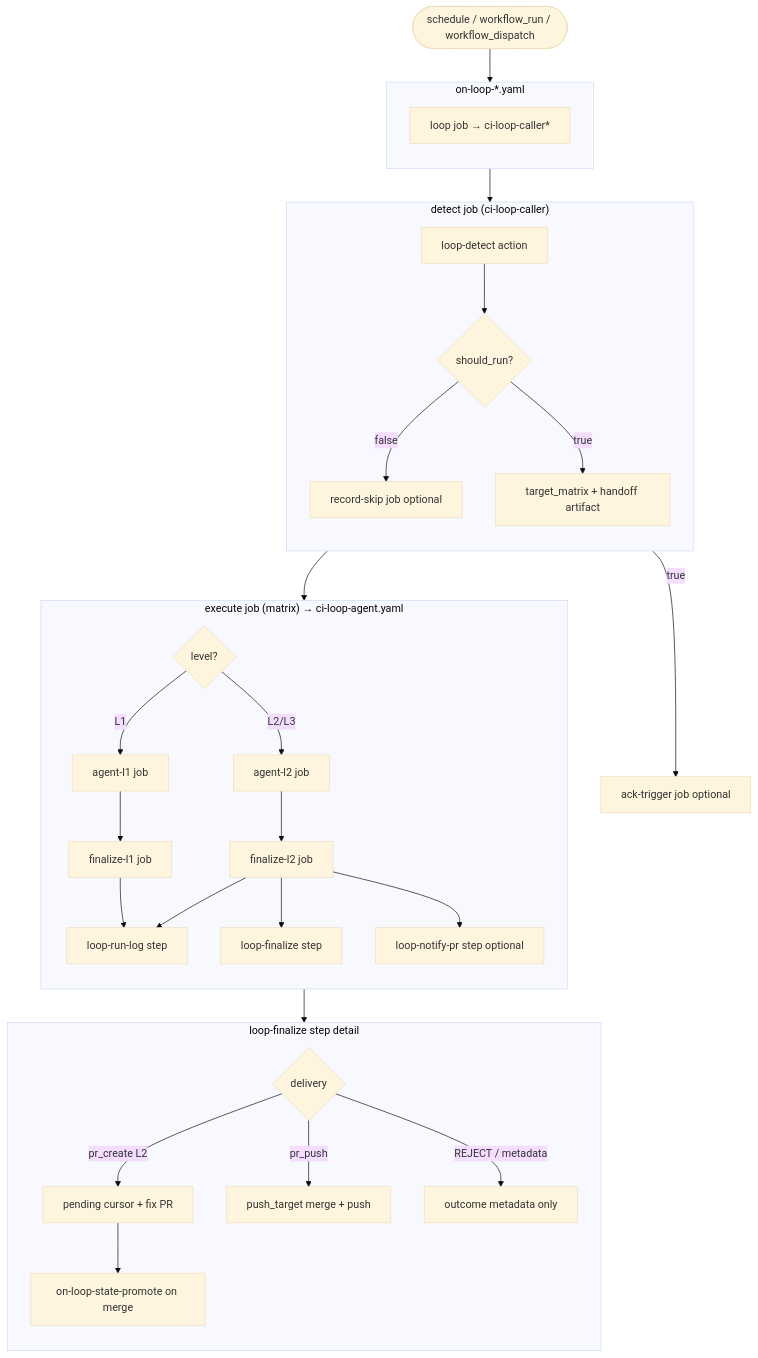
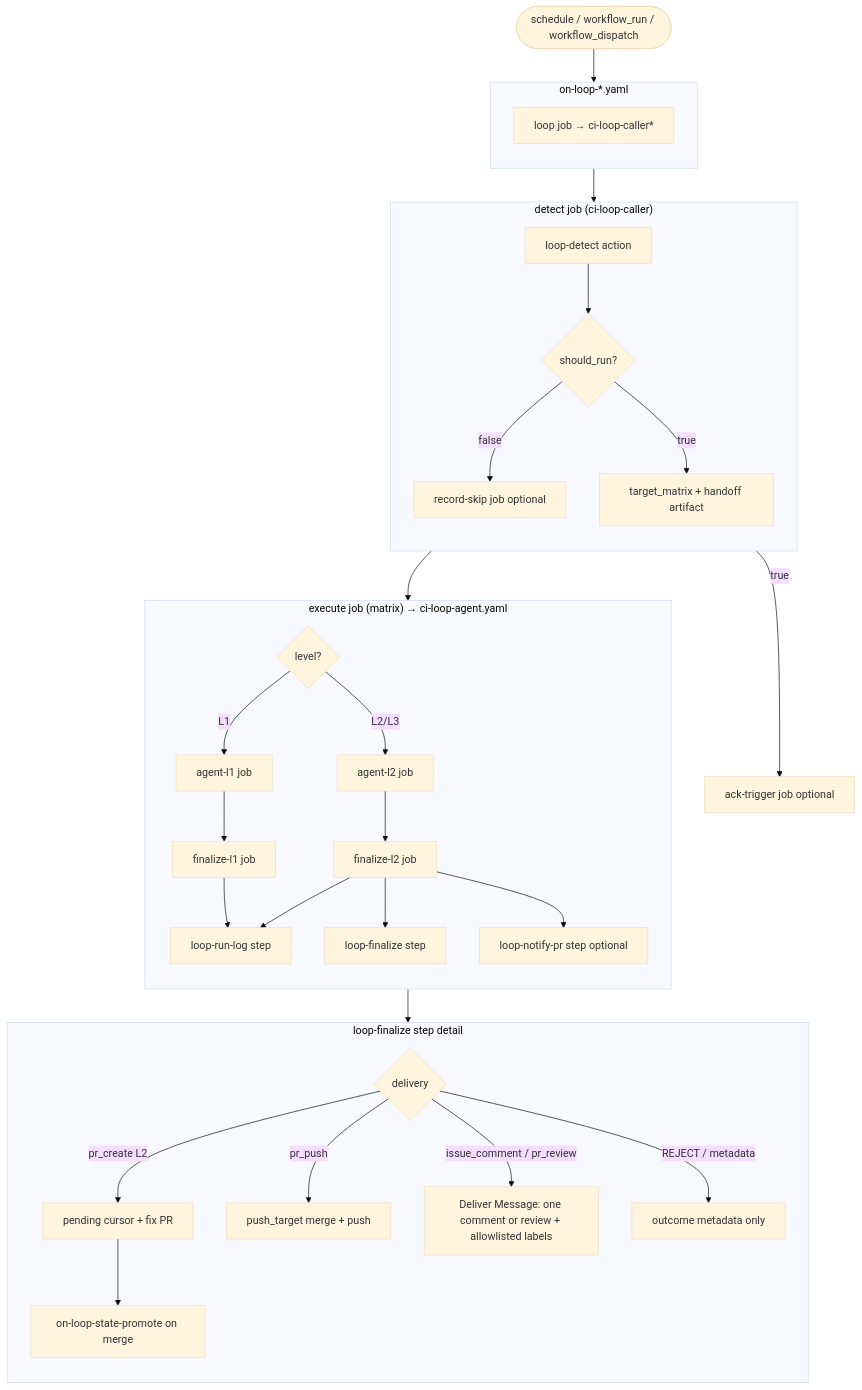
The first of 3 diagrams in docs/explanation/loop-engineering/loop-engineering-design.md (y-miyazaki/config), drawn with Mermaid (base theme) before and after one commit. The commit also changed other lines of this file and 6 other files, not shown here.

Commit message:
docs(loop): document issue_comment and pr_review delivery

````diff
--- a/docs/explanation/loop-engineering/loop-engineering-design.md
+++ b/docs/explanation/loop-engineering/loop-engineering-design.md
@@ -221,43 +221,44 @@
 ```mermaid
 flowchart TD
     trigger([schedule / workflow_run / workflow_dispatch]) --> caller
 
     subgraph caller["on-loop-*.yaml"]
         direction TB
         C1[loop job → ci-loop-caller*]
     end
 
     C1 --> detect
 
     subgraph detect["detect job (ci-loop-caller)"]
         direction TB
         D1[loop-detect action] --> D2{should_run?}
         D2 -->|false| D_SKIP[record-skip job optional]
         D2 -->|true| D3[target_matrix + handoff artifact]
     end
 
     D2 -->|true| ACK[ack-trigger job optional]
     D3 --> EXEC_RW
 
     subgraph EXEC_RW["execute job (matrix) → ci-loop-agent.yaml"]
         direction TB
         LEVEL{level?}
         LEVEL -->|L1| A_L1[agent-l1 job]
         A_L1 --> F_L1[finalize-l1 job]
         LEVEL -->|L2/L3| A_L2[agent-l2 job]
         A_L2 --> F_L2[finalize-l2 job]
         F_L1 --> F_LOG[loop-run-log step]
         F_L2 --> F_LOG
         F_L2 --> F_FIN[loop-finalize step]
         F_L2 --> F_NOTIFY[loop-notify-pr step optional]
     end
 
     subgraph finalize_inside["loop-finalize step detail"]
         direction TB
         F_FIN --> F_STRAT{delivery}
         F_STRAT -->|pr_create L2| F_PENDING[pending cursor + fix PR]
         F_STRAT -->|pr_push| F_PUSH[push_target merge + push]
+        F_STRAT -->|issue_comment / pr_review| F_DELIVER[Deliver Message: one comment or review + allowlisted labels]
         F_STRAT -->|REJECT / metadata| F_META[outcome metadata only]
         F_PENDING --> F_PROMOTE[on-loop-state-promote on merge]
     end
 ```
````
